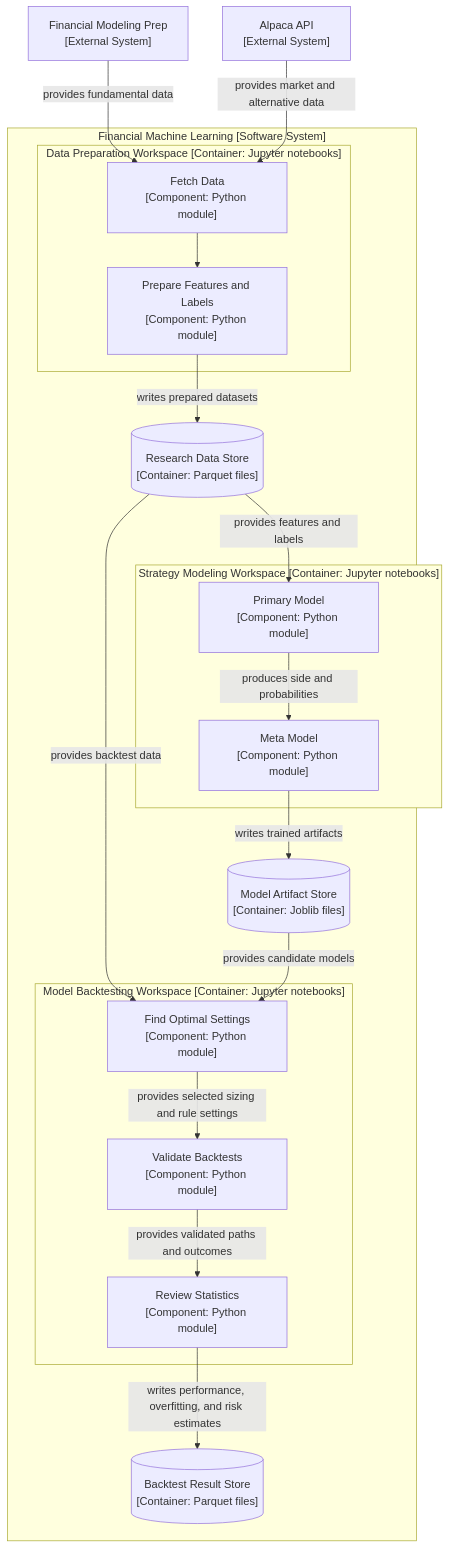
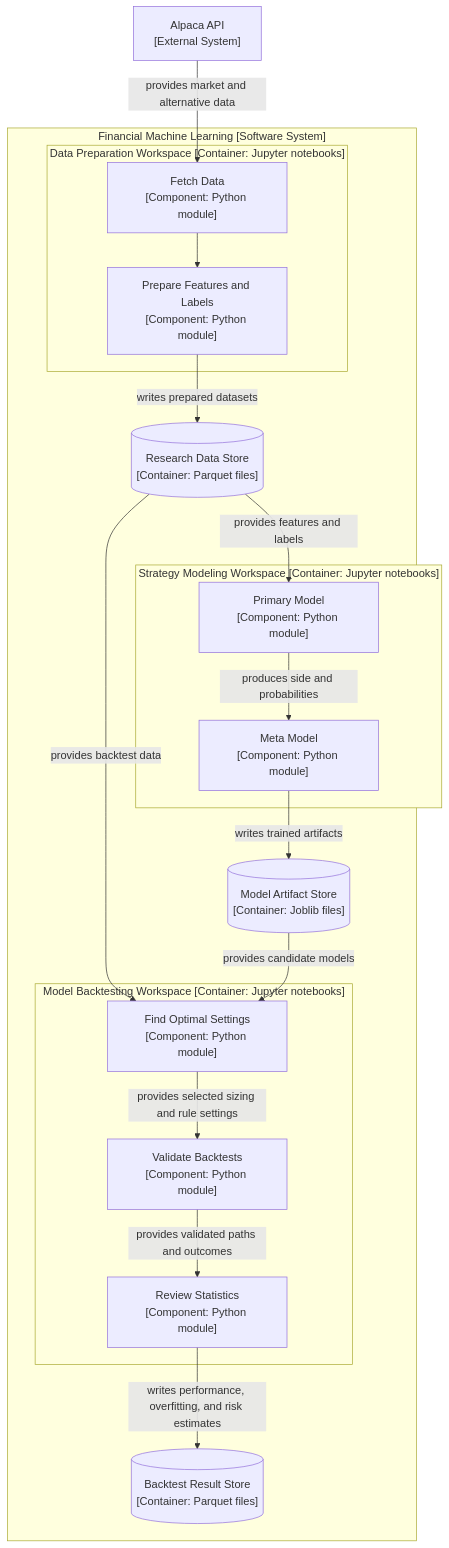
One commit to kwonjunhyuk9/financial-machine-learning changed the third of 3 diagrams in docs/architecture.md. Above: the diagram before and after it, drawn with Mermaid. The commit also changed other lines of this file and 37 other files, not shown here.

````diff
--- a/docs/architecture.md
+++ b/docs/architecture.md
@@ -72,41 +68,39 @@
 ```mermaid
 flowchart TD
-    fmp["Financial Modeling Prep<br/>[External System]"]
     alpaca["Alpaca API<br/>[External System]"]
 
     subgraph system["Financial Machine Learning [Software System]"]
         data_store[("Research Data Store<br/>[Container: Parquet files]")]
         model_store[("Model Artifact Store<br/>[Container: Joblib files]")]
         result_store[("Backtest Result Store<br/>[Container: Parquet files]")]
 
         subgraph prep_workspace["Data Preparation Workspace [Container: Jupyter notebooks]"]
             fetch_data["Fetch Data<br/>[Component: Python module]"]
             prepare_data["Prepare Features and Labels<br/>[Component: Python module]"]
         end
 
         subgraph strategy_workspace["Strategy Modeling Workspace [Container: Jupyter notebooks]"]
             primary_model["Primary Model<br/>[Component: Python module]"]
             meta_model["Meta Model<br/>[Component: Python module]"]
         end
 
         subgraph backtest_workspace["Model Backtesting Workspace [Container: Jupyter notebooks]"]
             find_settings["Find Optimal Settings<br/>[Component: Python module]"]
             validate_backtests["Validate Backtests<br/>[Component: Python module]"]
             review_statistics["Review Statistics<br/>[Component: Python module]"]
         end
 
     end
 
-    fmp -->|" provides fundamental data "| fetch_data
     alpaca -->|" provides market and alternative data "| fetch_data
     fetch_data --> prepare_data
     prepare_data -->|" writes prepared datasets "| data_store
     data_store -->|" provides features and labels "| primary_model
     primary_model -->|" produces side and probabilities "| meta_model
     meta_model -->|" writes trained artifacts "| model_store
     data_store -->|" provides backtest data "| find_settings
     model_store -->|" provides candidate models "| find_settings
     find_settings -->|" provides selected sizing and rule settings "| validate_backtests
     validate_backtests -->|" provides validated paths and outcomes "| review_statistics
     review_statistics -->|" writes performance, overfitting, and risk estimates "| result_store
 ```
````
